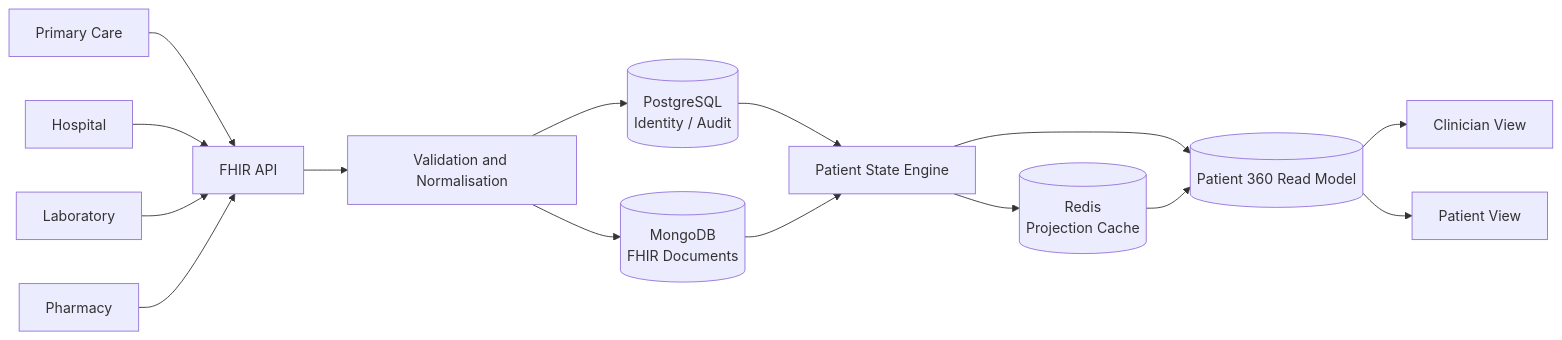
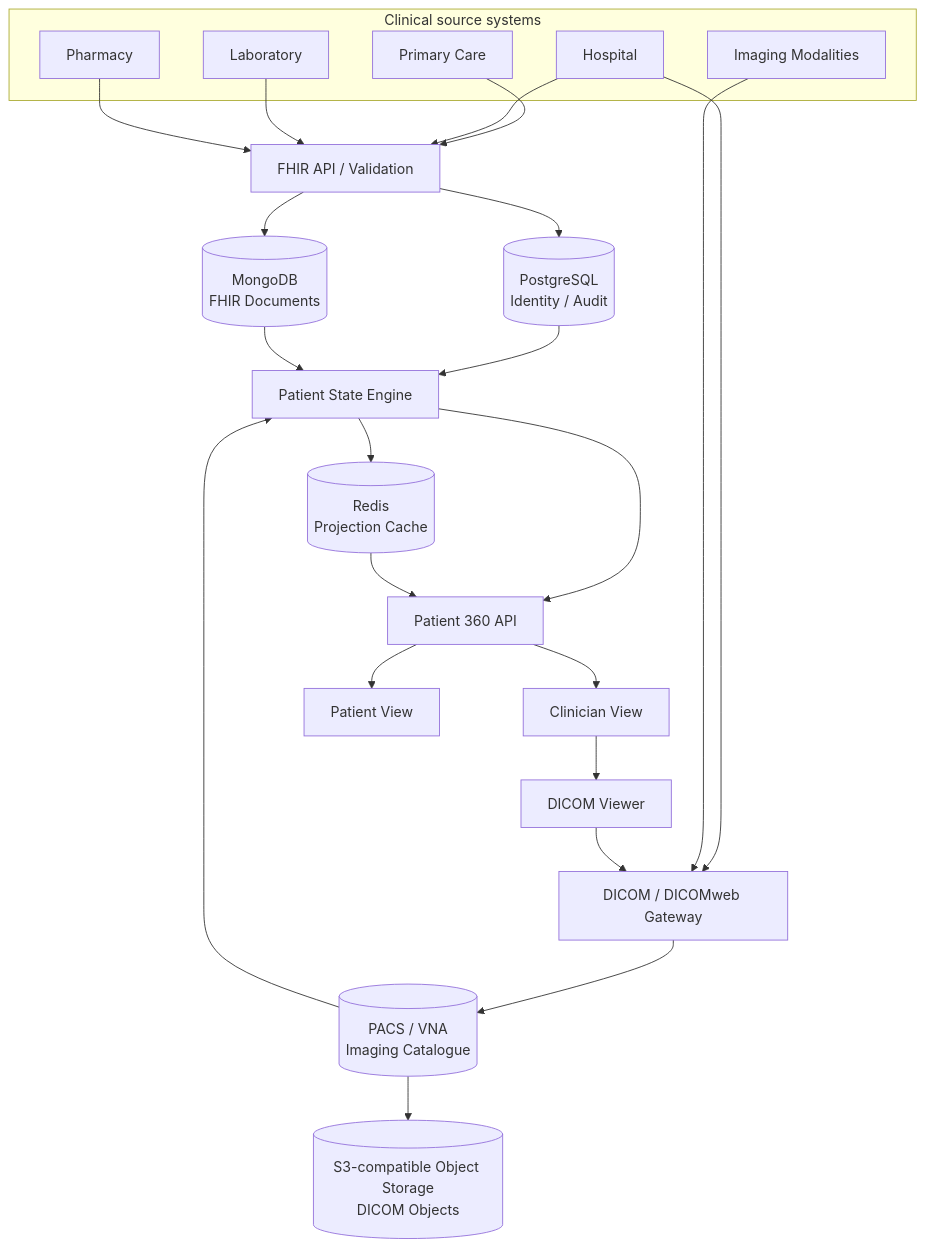
One commit to DiogoRibeiro7/sns-patient-360 changed the diagram in README.md. Above: the diagram before and after it, drawn with Mermaid. The commit also changed other lines of this file, not shown here.

Commit message:
docs: add DICOM imaging plane to top-level architecture

````diff
--- a/README.md
+++ b/README.md
@@ -17,32 +17,49 @@
 ```mermaid
-flowchart LR
-    PC[Primary Care]
-    HOSP[Hospital]
-    LAB[Laboratory]
-    PHARM[Pharmacy]
+flowchart TB
+    subgraph Sources[Clinical source systems]
+        PC[Primary Care]
+        HOSP[Hospital]
+        LAB[Laboratory]
+        PHARM[Pharmacy]
+        IMG[Imaging Modalities]
+    end
 
-    API[FHIR API]
-    VALIDATE[Validation and Normalisation]
+    FHIR[FHIR API / Validation]
+    DICOM[DICOM / DICOMweb Gateway]
+
     PG[(PostgreSQL\nIdentity / Audit)]
     MONGO[(MongoDB\nFHIR Documents)]
+    PACS[(PACS / VNA\nImaging Catalogue)]
+    OBJECT[(S3-compatible Object Storage\nDICOM Objects)]
+    REDIS[(Redis\nProjection Cache)]
+
     STATE[Patient State Engine]
-    REDIS[(Redis\nProjection Cache)]
-    P360[(Patient 360 Read Model)]
+    P360[Patient 360 API]
+    VIEWER[DICOM Viewer]
     CLIN[Clinician View]
     PAT[Patient View]
 
-    PC --> API
-    HOSP --> API
-    LAB --> API
-    PHARM --> API
-    API --> VALIDATE
-    VALIDATE --> PG
-    VALIDATE --> MONGO
+    PC --> FHIR
+    HOSP --> FHIR
+    LAB --> FHIR
+    PHARM --> FHIR
+    HOSP --> DICOM
+    IMG --> DICOM
+
+    FHIR --> PG
+    FHIR --> MONGO
+    DICOM --> PACS
+    PACS --> OBJECT
+
     PG --> STATE
     MONGO --> STATE
+    PACS --> STATE
+    STATE --> REDIS
     STATE --> P360
-    STATE --> REDIS
     REDIS --> P360
+
     P360 --> CLIN
     P360 --> PAT
+    CLIN --> VIEWER
+    VIEWER --> DICOM
 ```
````
